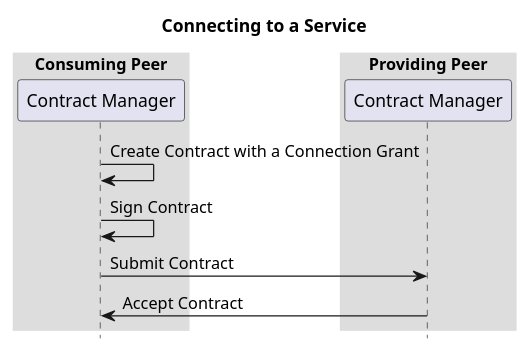
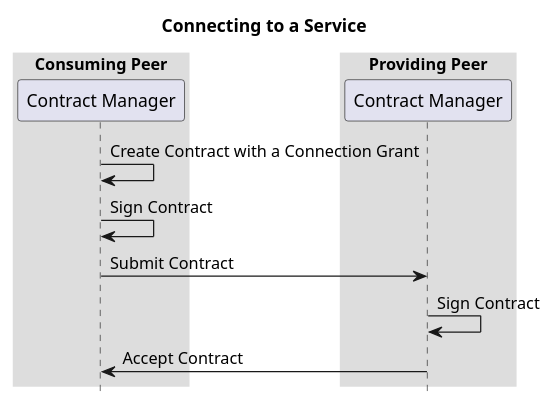
One commit to Logius-standaarden/fsc-core changed the diagram in diagrams/seq-connecting-to-a-service.puml. Above: the diagram before and after it, drawn with PlantUML. The commit also changed 5 other files, not shown here.

```diff
--- a/diagrams/seq-connecting-to-a-service.puml
+++ b/diagrams/seq-connecting-to-a-service.puml
@@ -1,20 +1,21 @@
 @startuml
 title: Connecting to a Service
 
 box "Consuming Peer"
-  participant "Contract Manager" as contractManagerPeer
+  participant "Contract Manager" as contractManagerConsumingPeer
 end box
 
 box "Providing Peer"
-  participant "Contract Manager" as contractManagerDirectory
+  participant "Contract Manager" as contractManagerProvidingPeer
 end box
 
-contractManagerPeer -> contractManagerPeer: Create Contract with a Connection Grant
-contractManagerPeer -> contractManagerPeer: Sign Contract
-contractManagerPeer -> contractManagerDirectory: Submit Contract
-contractManagerDirectory -> contractManagerPeer: Accept Contract
+contractManagerConsumingPeer -> contractManagerConsumingPeer: Create Contract with a Connection Grant
+contractManagerConsumingPeer -> contractManagerConsumingPeer: Sign Contract
+contractManagerConsumingPeer -> contractManagerProvidingPeer: Submit Contract
+contractManagerProvidingPeer -> contractManagerProvidingPeer: Sign Contract
+contractManagerProvidingPeer -> contractManagerConsumingPeer: Accept Contract
 
 skinparam sequenceBoxBorderColor #transparent
 skinparam boxPadding 50
 hide footbox
 @enduml
```
